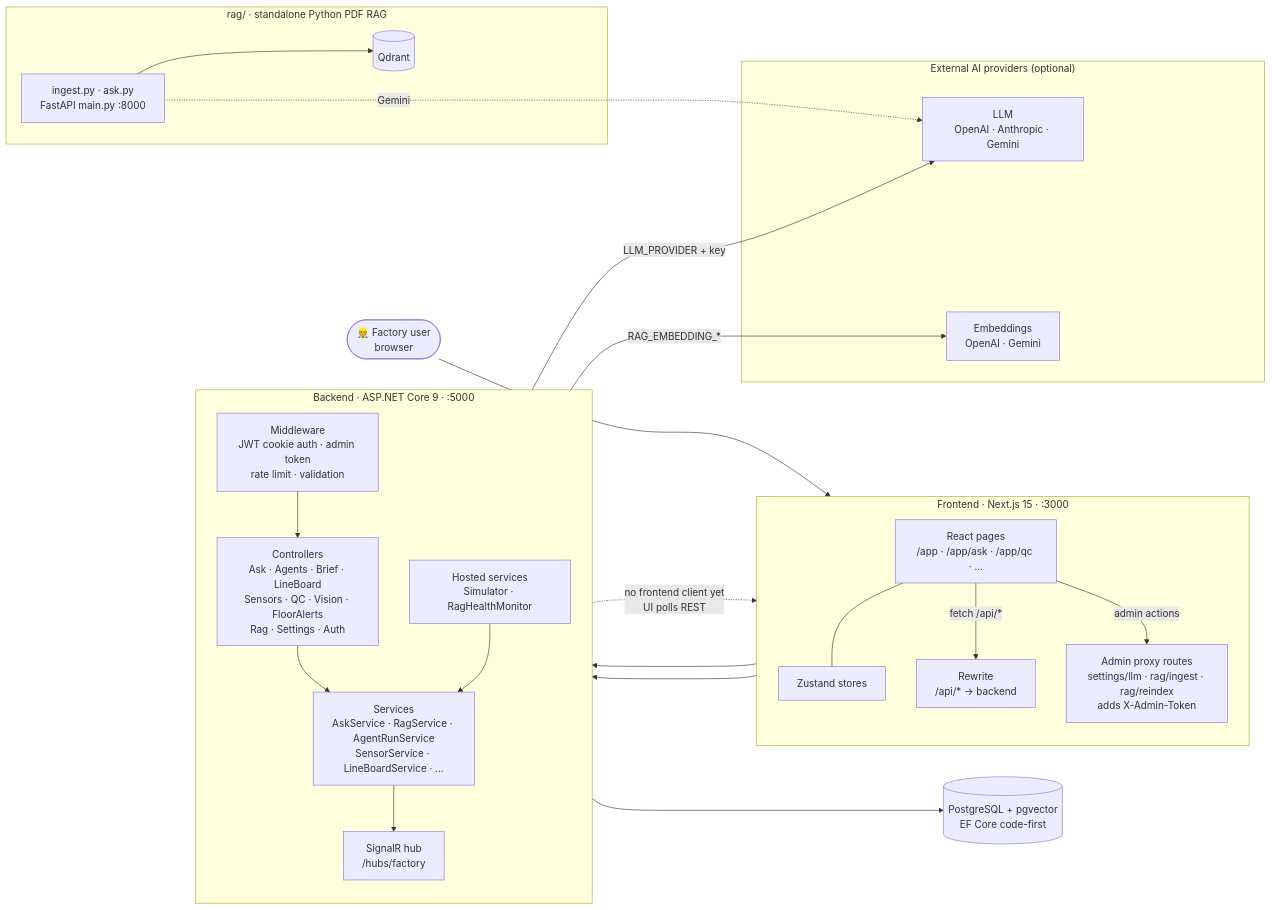
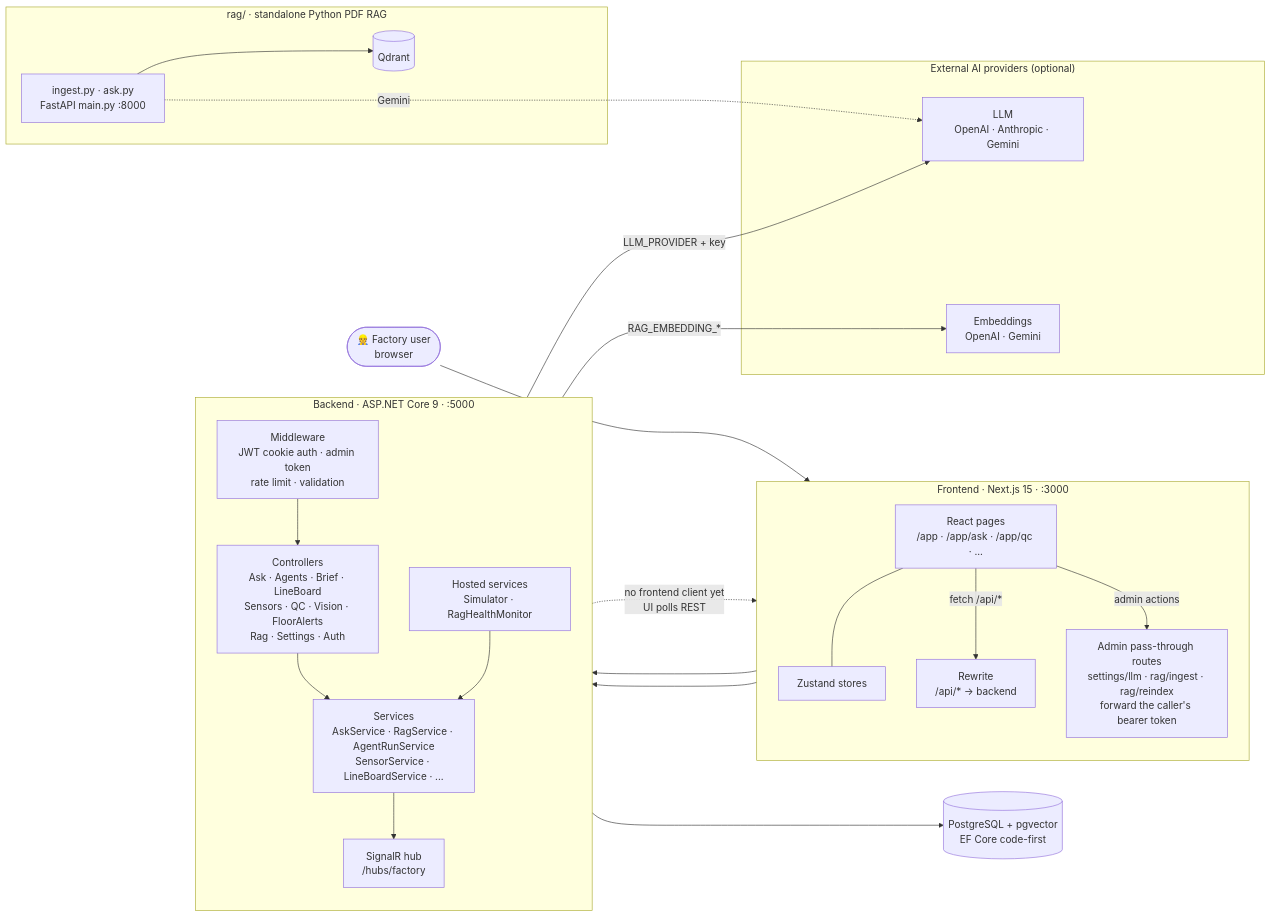
One commit to shamiulriyad/FactoryBrain changed the first of 7 diagrams in ARCHITECTURE.md. Above: the diagram before and after it, drawn with Mermaid. The commit also changed other lines of this file and 184 other files, not shown here.

````diff
--- a/ARCHITECTURE.md
+++ b/ARCHITECTURE.md
@@ -19,48 +20,48 @@
 ```mermaid
 flowchart LR
     user(["👷 Factory user<br/>browser"])
 
     subgraph FE["Frontend · Next.js 15 · :3000"]
         direction TB
         ui["React pages<br/>/app · /app/ask · /app/qc · ..."]
         stores["Zustand stores"]
         rewrite["Rewrite<br/>/api/* → backend"]
-        admin["Admin proxy routes<br/>settings/llm · rag/ingest · rag/reindex<br/>adds X-Admin-Token"]
+        admin["Admin pass-through routes<br/>settings/llm · rag/ingest · rag/reindex<br/>forward the caller's bearer token"]
         ui --- stores
     end
 
     subgraph BE["Backend · ASP.NET Core 9 · :5000"]
         direction TB
         mw["Middleware<br/>JWT cookie auth · admin token<br/>rate limit · validation"]
         ctrl["Controllers<br/>Ask · Agents · Brief · LineBoard<br/>Sensors · QC · Vision · FloorAlerts<br/>Rag · Settings · Auth"]
         svc["Services<br/>AskService · RagService · AgentRunService<br/>SensorService · LineBoardService · ..."]
         hosted["Hosted services<br/>Simulator · RagHealthMonitor"]
         hub["SignalR hub<br/>/hubs/factory"]
         mw --> ctrl --> svc
         hosted --> svc
         svc --> hub
     end
 
     db[("PostgreSQL + pgvector<br/>EF Core code-first")]
 
     subgraph EXT["External AI providers (optional)"]
         llm["LLM<br/>OpenAI · Anthropic · Gemini"]
         emb["Embeddings<br/>OpenAI · Gemini"]
     end
 
     subgraph PY["rag/ · standalone Python PDF RAG"]
         pycli["ingest.py · ask.py<br/>FastAPI main.py :8000"]
         qdrant[("Qdrant")]
         pycli --> qdrant
     end
 
     user --> ui
     ui -->|"fetch /api/*"| rewrite --> mw
     ui -->|"admin actions"| admin --> mw
     svc --> db
     svc -->|"LLM_PROVIDER + key"| llm
     svc -->|"RAG_EMBEDDING_*"| emb
     hub -.->|"no frontend client yet<br/>UI polls REST"| ui
     pycli -.->|"Gemini"| llm
     PY ~~~ BE
 ```
````
